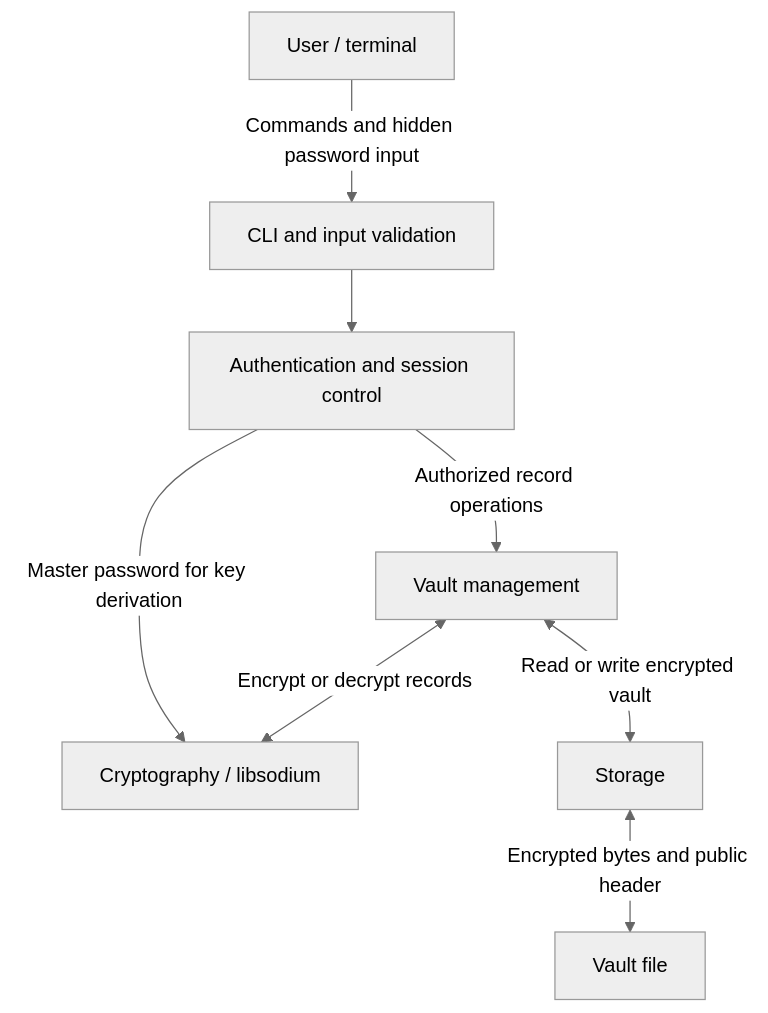
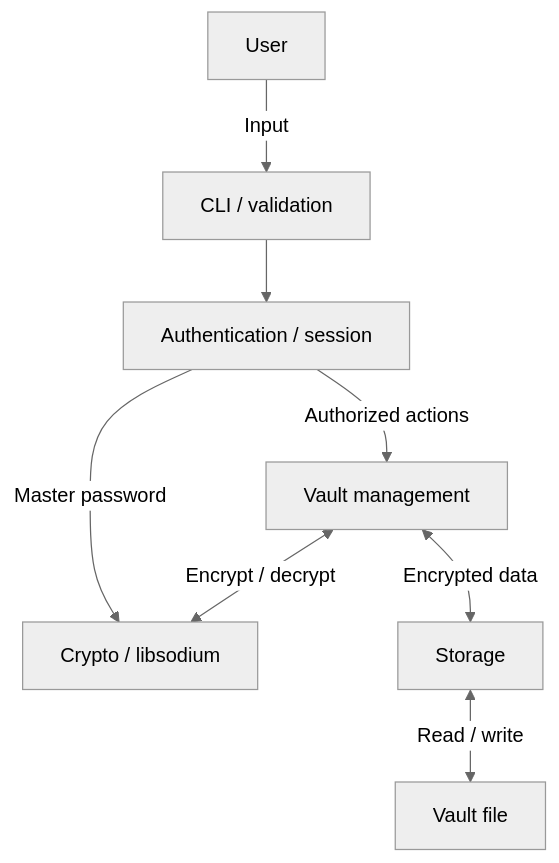
Before and after one commit to whosandrey/secure_password_manager: the diagram in docs/architecture.md, drawn with Mermaid (neutral theme).

Commit message:
Refine architecture diagram for clarity and accuracy

````diff
--- a/docs/architecture.md
+++ b/docs/architecture.md
@@ -16,10 +16,10 @@
 ```mermaid
 flowchart TD
-    U["User / terminal"] -->|"Commands and hidden password input"| CLI["CLI and input validation"]
-    CLI --> AUTH["Authentication and session control"]
-    AUTH -->|"Authorized record operations"| V["Vault management"]
-    AUTH -->|"Master password for key derivation"| C["Cryptography / libsodium"]
-    V <-->|"Encrypt or decrypt records"| C
-    V <-->|"Read or write encrypted vault"| S["Storage"]
-    S <-->|"Encrypted bytes and public header"| F["Vault file"]
+    U["User"] -->|"Input"| CLI["CLI / validation"]
+    CLI --> AUTH["Authentication / session"]
+    AUTH -->|"Authorized actions"| V["Vault management"]
+    AUTH -->|"Master password"| C["Crypto / libsodium"]
+    V <-->|"Encrypt / decrypt"| C
+    V <-->|"Encrypted data"| S["Storage"]
+    S <-->|"Read / write"| F["Vault file"]
 ```
````
